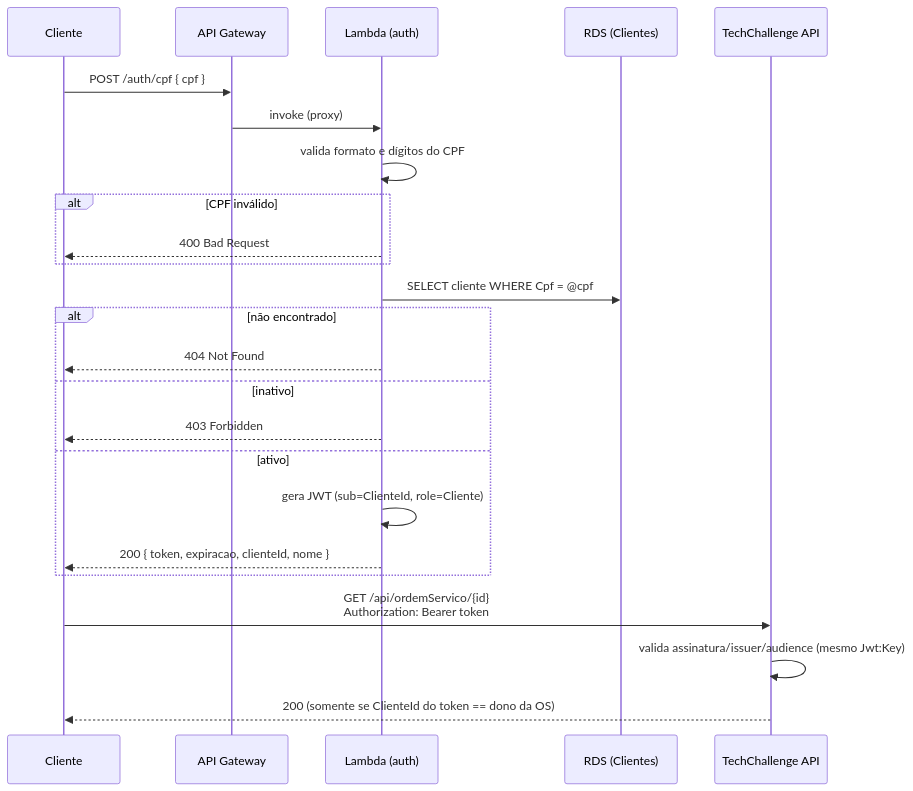
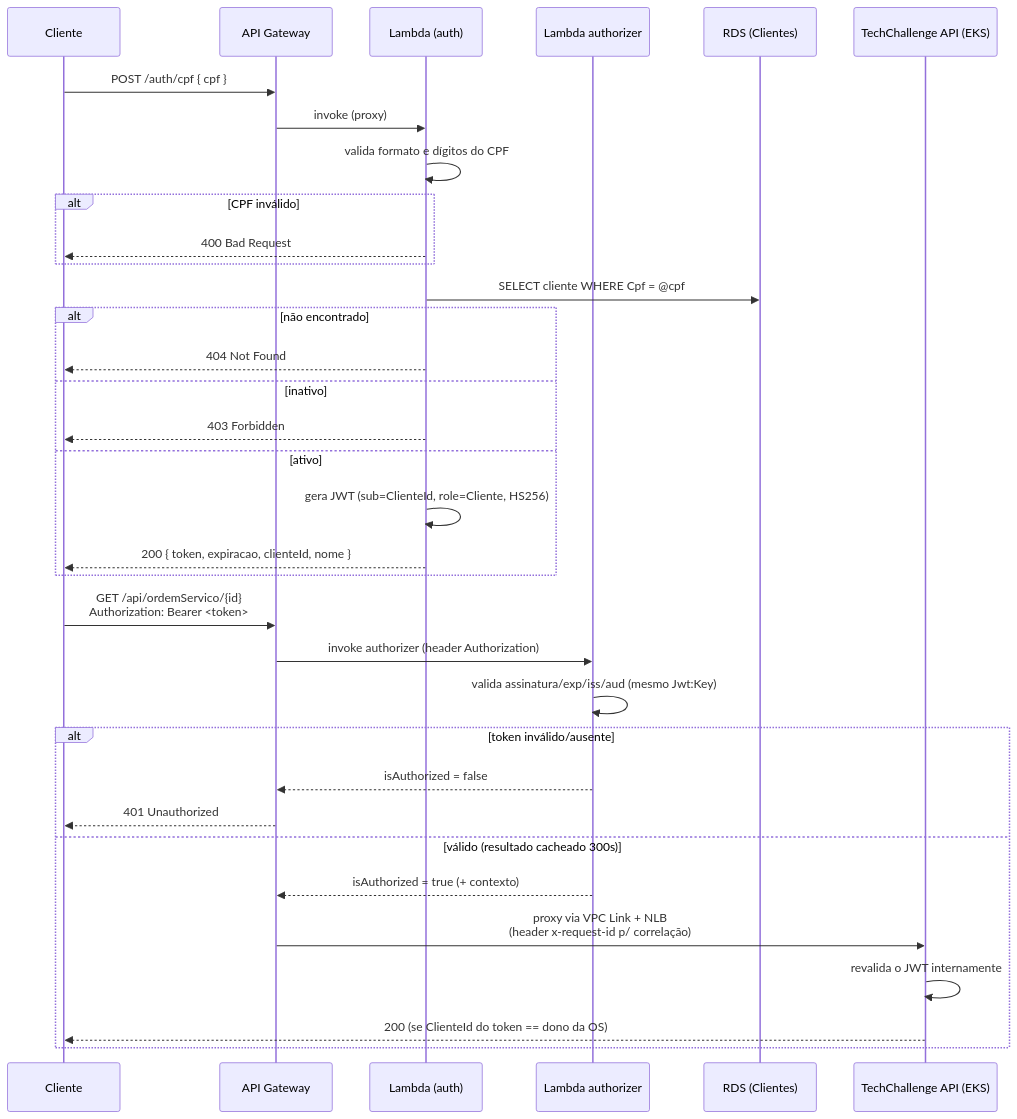
One commit to TechChallenge01/TechChallenger.auth changed the second of 2 diagrams in README.md. Above: the diagram before and after it, drawn with Mermaid. The commit also changed other lines of this file and 16 other files, not shown here.

First line of the commit message:
feat: API Gateway HTTP API + Lambda serverless de autenticacao

````diff
--- a/README.md
+++ b/README.md
@@ -46,27 +56,38 @@
 ```mermaid
 sequenceDiagram
     participant C as Cliente
     participant GW as API Gateway
     participant L as Lambda (auth)
+    participant AZ as Lambda authorizer
     participant DB as RDS (Clientes)
-    participant API as TechChallenge API
+    participant API as TechChallenge API (EKS)
 
     C->>GW: POST /auth/cpf { cpf }
     GW->>L: invoke (proxy)
     L->>L: valida formato e dígitos do CPF
     alt CPF inválido
         L-->>C: 400 Bad Request
     end
     L->>DB: SELECT cliente WHERE Cpf = @cpf
     alt não encontrado
         L-->>C: 404 Not Found
     else inativo
         L-->>C: 403 Forbidden
     else ativo
-        L->>L: gera JWT (sub=ClienteId, role=Cliente)
+        L->>L: gera JWT (sub=ClienteId, role=Cliente, HS256)
         L-->>C: 200 { token, expiracao, clienteId, nome }
     end
-    C->>API: GET /api/ordemServico/{id}<br/>Authorization: Bearer token
-    API->>API: valida assinatura/issuer/audience (mesmo Jwt:Key)
-    API-->>C: 200 (somente se ClienteId do token == dono da OS)
+
+    C->>GW: GET /api/ordemServico/{id}<br/>Authorization: Bearer <token>
+    GW->>AZ: invoke authorizer (header Authorization)
+    AZ->>AZ: valida assinatura/exp/iss/aud (mesmo Jwt:Key)
+    alt token inválido/ausente
+        AZ-->>GW: isAuthorized = false
+        GW-->>C: 401 Unauthorized
+    else válido (resultado cacheado 300s)
+        AZ-->>GW: isAuthorized = true (+ contexto)
+        GW->>API: proxy via VPC Link + NLB<br/>(header x-request-id p/ correlação)
+        API->>API: revalida o JWT internamente
+        API-->>C: 200 (se ClienteId do token == dono da OS)
+    end
 ```
````
